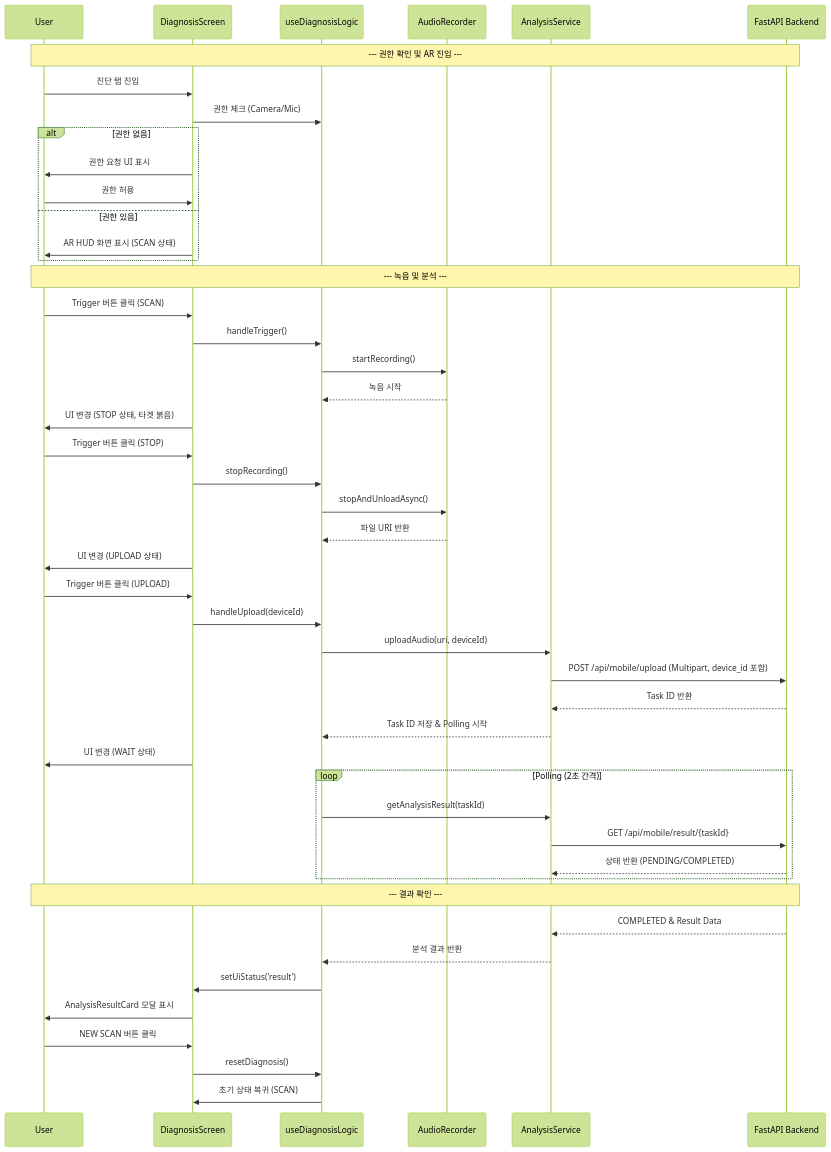
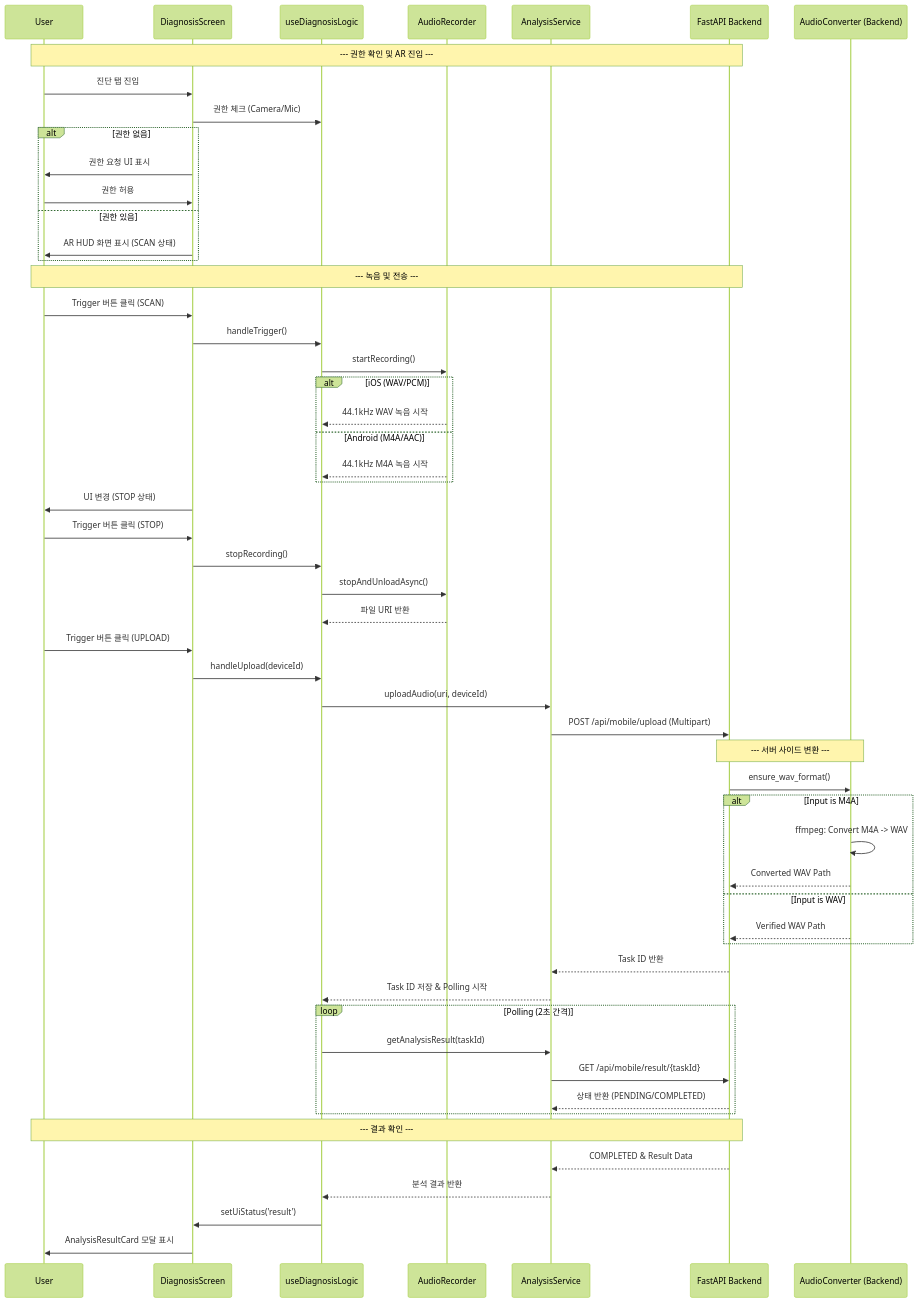
One commit to kimjuyoung1127/signalcraftapp changed the fifth of 6 diagrams in docs/architecture.md. Above: the diagram before and after it, drawn with Mermaid (forest theme). The commit also changed other lines of this file and 21 other files, not shown here.

````diff
--- a/docs/architecture.md
+++ b/docs/architecture.md
@@ -145,56 +145,68 @@
 ```mermaid
 sequenceDiagram
     participant U as User
     participant RN as DiagnosisScreen
     participant HK as useDiagnosisLogic
     participant RC as AudioRecorder
     participant SV as AnalysisService
     participant FP as FastAPI Backend
+    participant CV as AudioConverter (Backend)
 
     Note over U,FP: --- 권한 확인 및 AR 진입 ---
     U->>RN: 진단 탭 진입
     RN->>HK: 권한 체크 (Camera/Mic)
     alt 권한 없음
         RN->>U: 권한 요청 UI 표시
         U->>RN: 권한 허용
     else 권한 있음
         RN->>U: AR HUD 화면 표시 (SCAN 상태)
     end
 
-    Note over U,FP: --- 녹음 및 분석 ---
+    Note over U,FP: --- 녹음 및 전송 ---
     U->>RN: Trigger 버튼 클릭 (SCAN)
     RN->>HK: handleTrigger()
     HK->>RC: startRecording()
-    RC-->>HK: 녹음 시작
-    RN->>U: UI 변경 (STOP 상태, 타겟 붉음)
+    
+    alt iOS (WAV/PCM)
+        RC-->>HK: 44.1kHz WAV 녹음 시작
+    else Android (M4A/AAC)
+        RC-->>HK: 44.1kHz M4A 녹음 시작
+    end
+
+    RN->>U: UI 변경 (STOP 상태)
 
     U->>RN: Trigger 버튼 클릭 (STOP)
     RN->>HK: stopRecording()
     HK->>RC: stopAndUnloadAsync()
     RC-->>HK: 파일 URI 반환
-    RN->>U: UI 변경 (UPLOAD 상태)
-
+    
     U->>RN: Trigger 버튼 클릭 (UPLOAD)
     RN->>HK: handleUpload(deviceId)
     HK->>SV: uploadAudio(uri, deviceId)
-    SV->>FP: POST /api/mobile/upload (Multipart, device_id 포함)
+    
+    SV->>FP: POST /api/mobile/upload (Multipart)
+    
+    Note over FP,CV: --- 서버 사이드 변환 ---
+    FP->>CV: ensure_wav_format()
+    alt Input is M4A
+        CV->>CV: ffmpeg: Convert M4A -> WAV
+        CV-->>FP: Converted WAV Path
+    else Input is WAV
+        CV-->>FP: Verified WAV Path
+    end
+    
     FP-->>SV: Task ID 반환
     SV-->>HK: Task ID 저장 & Polling 시작
-    RN->>U: UI 변경 (WAIT 상태)
-
+    
     loop Polling (2초 간격)
         HK->>SV: getAnalysisResult(taskId)
         SV->>FP: GET /api/mobile/result/{taskId}
         FP-->>SV: 상태 반환 (PENDING/COMPLETED)
     end
 
     Note over U,FP: --- 결과 확인 ---
     FP-->>SV: COMPLETED & Result Data
     SV-->>HK: 분석 결과 반환
     HK->>RN: setUiStatus('result')
     RN->>U: AnalysisResultCard 모달 표시
-
-    U->>RN: NEW SCAN 버튼 클릭
-    RN->>HK: resetDiagnosis()
-    HK->>RN: 초기 상태 복귀 (SCAN)
 ```
````
